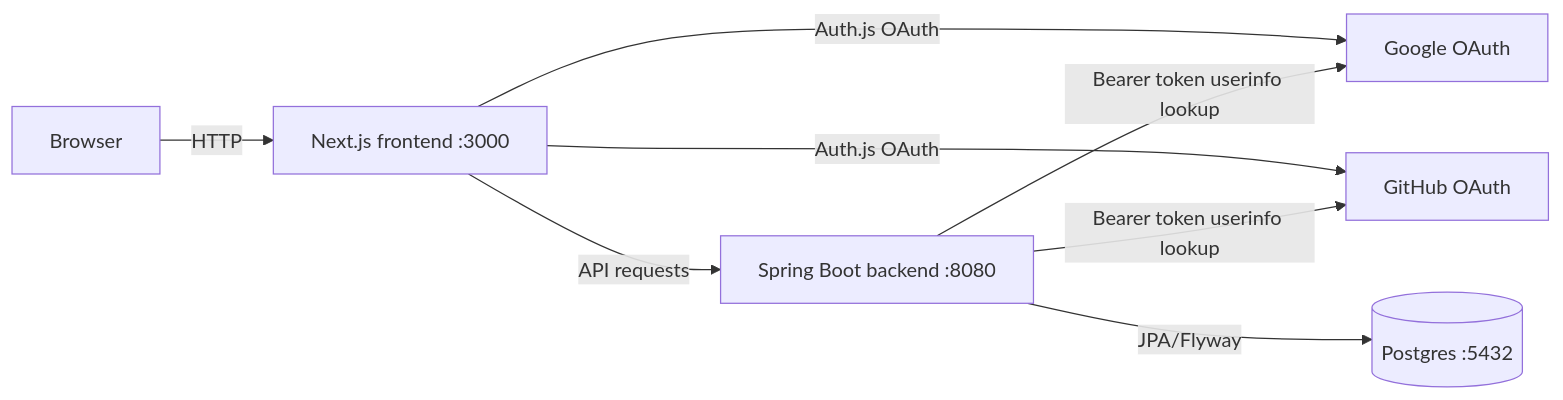
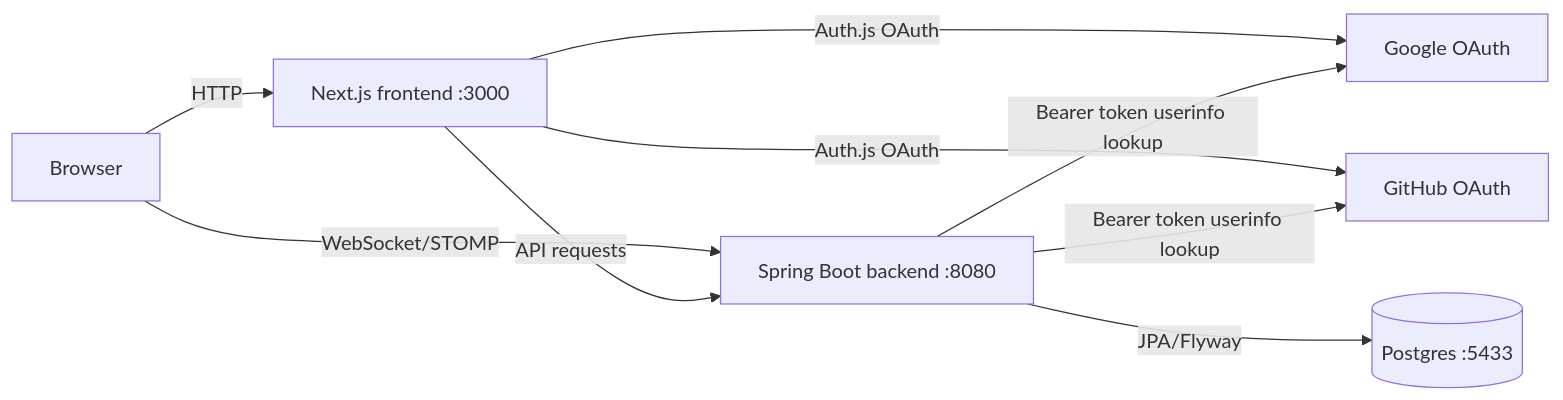
Before and after one commit to VencentDev/games-of-the-general: the diagram in README.md, drawn with Mermaid. The commit also changed other lines of this file, not shown here.

````diff
--- a/README.md
+++ b/README.md
@@ -25,10 +78,11 @@
 ```mermaid
 flowchart LR
   Browser -->|HTTP| Next[Next.js frontend :3000]
-  Next -->|API requests| Spring[Spring Boot backend :8080]
+  Browser -->|WebSocket/STOMP| Spring[Spring Boot backend :8080]
+  Next -->|API requests| Spring
   Next -->|Auth.js OAuth| Google[Google OAuth]
   Next -->|Auth.js OAuth| GitHub[GitHub OAuth]
   Spring -->|Bearer token userinfo lookup| Google
   Spring -->|Bearer token userinfo lookup| GitHub
-  Spring -->|JPA/Flyway| Postgres[(Postgres :5432)]
+  Spring -->|JPA/Flyway| Postgres[(Postgres :5433)]
 ```
````
